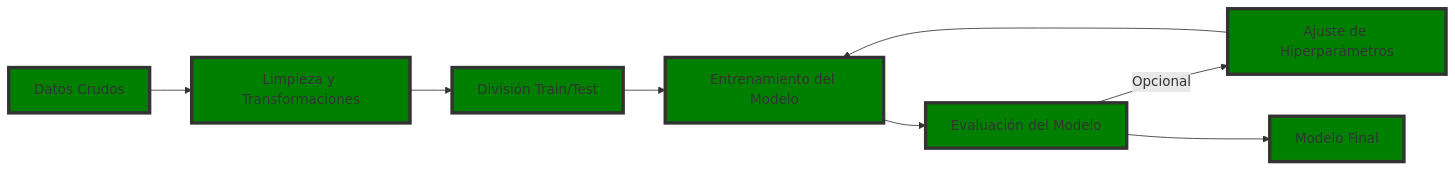
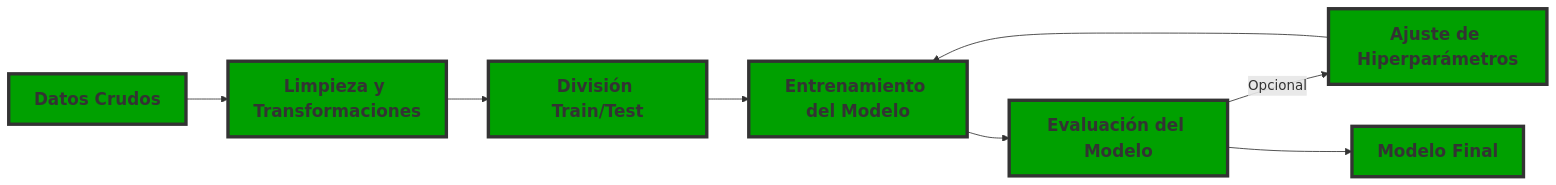
The second of 3 diagrams in sklearn/pipeline_definition.md (avidaldo/ia24), drawn with Mermaid before and after one commit. The commit also changed other lines of this file, not shown here.

````diff
--- a/sklearn/pipeline_definition.md
+++ b/sklearn/pipeline_definition.md
@@ -72,14 +72,13 @@
 ``` mermaid
 graph LR
     A[Datos Crudos] --> B[Limpieza y Transformaciones]
     B --> C[División Train/Test]
     C --> D[Entrenamiento del Modelo]
     D --> E[Evaluación del Modelo]
     E -->|Opcional| F[Ajuste de Hiperparámetros]
     F --> D
     E --> G[Modelo Final]
 
-    classDef allNodes fill:#008000,stroke:#333,stroke-width:4px;
-    class A,B,C,D,E,F,G allNodes;
-
+    classDef pipeline fill:#00A000,stroke:#333,stroke-width:4px,font-size:20px,font-weight:bold;
+    class A,B,C,D,E,F,G pipeline;
 ```
````
